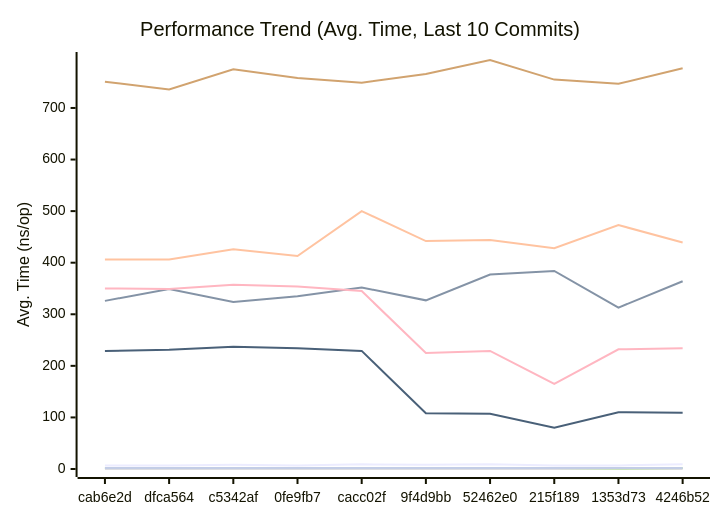
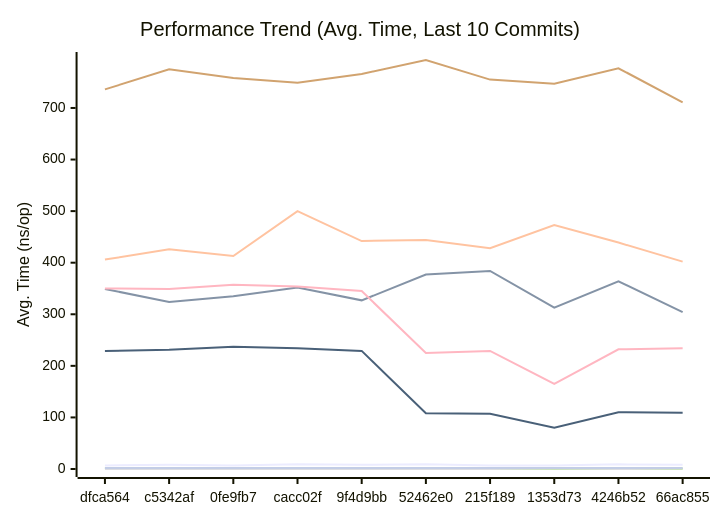
The first of 3 diagrams in docs/PERFORMANCE.md (alsotoes/momo), drawn with Mermaid before and after one commit. The commit also changed other lines of this file and 3 other files, not shown here.

````diff
--- a/docs/PERFORMANCE.md
+++ b/docs/PERFORMANCE.md
@@ -80,16 +80,16 @@
 ```mermaid
 xychart-beta
     title "Performance Trend (Avg. Time, Last 10 Commits)"
     x-axis "Commit"
     y-axis "Avg. Time (ns/op)"
-    x-axis [cab6e2d,dfca564,c5342af,0fe9fb7,cacc02f,9f4d9bb,52462e0,215f189,1353d73,4246b52]
-    line "CheckMetricsAndSwap" [7,7,8,7,9,8,9,7,7,9]
-    line "CrushOptimized" [326,349,324,335,352,327,377,384,313,364]
-    line "CrushOriginal" [406,406,426,413,500,442,444,428,473,439]
+    x-axis [dfca564,c5342af,0fe9fb7,cacc02f,9f4d9bb,52462e0,215f189,1353d73,4246b52,66ac855]
+    line "CheckMetricsAndSwap" [7,8,7,9,8,9,7,7,9,8]
+    line "CrushOptimized" [349,324,335,352,327,377,384,313,364,304]
+    line "CrushOriginal" [406,426,413,500,442,444,428,473,439,402]
     line "IndexDirectTracking" [0,0,0,0,0,0,0,0,0,0]
-    line "IndexSearch" [2,2,2,2,2,2,2,2,1,2]
-    line "LoadGlobalConfig" [751,736,775,758,749,766,793,755,747,777]
+    line "IndexSearch" [2,2,2,2,2,2,2,1,2,1]
+    line "LoadGlobalConfig" [736,775,758,749,766,793,755,747,777,711]
     line "PadString" [2,2,2,2,2,2,2,2,2,2]
     line "ParseReplicationOrder_NoPrealloc" [350,349,357,354,345,225,229,165,232,234]
     line "ParseReplicationOrder_Prealloc" [229,231,237,234,229,108,107,80,110,109]
 ```
````
